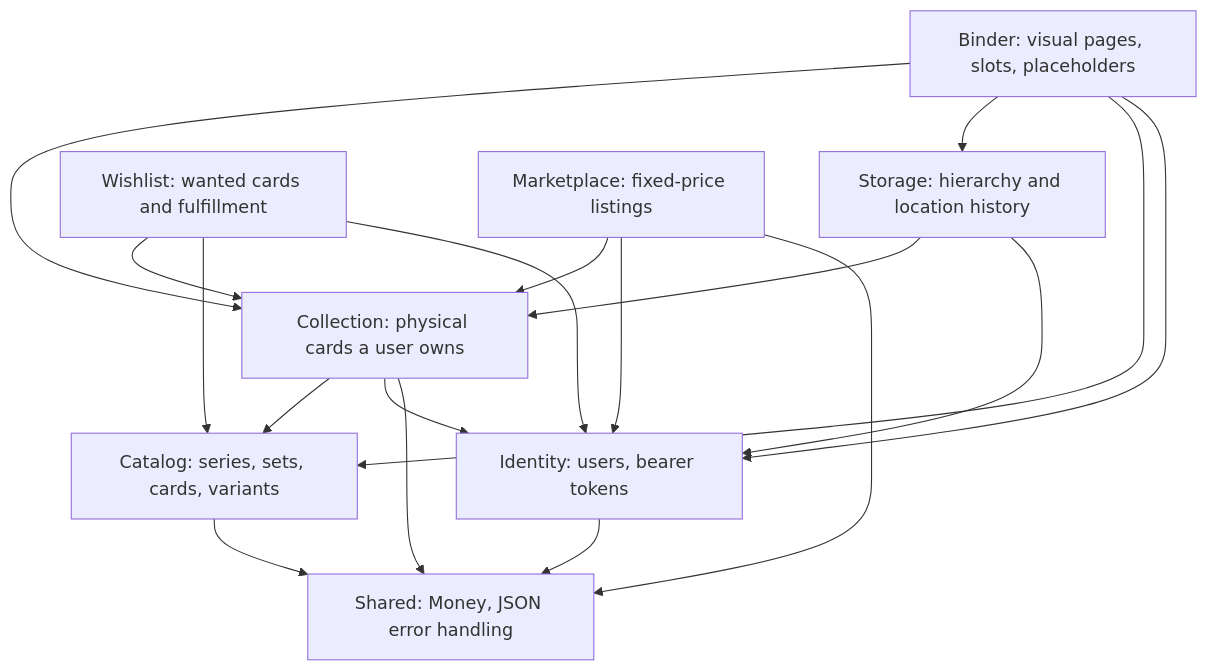
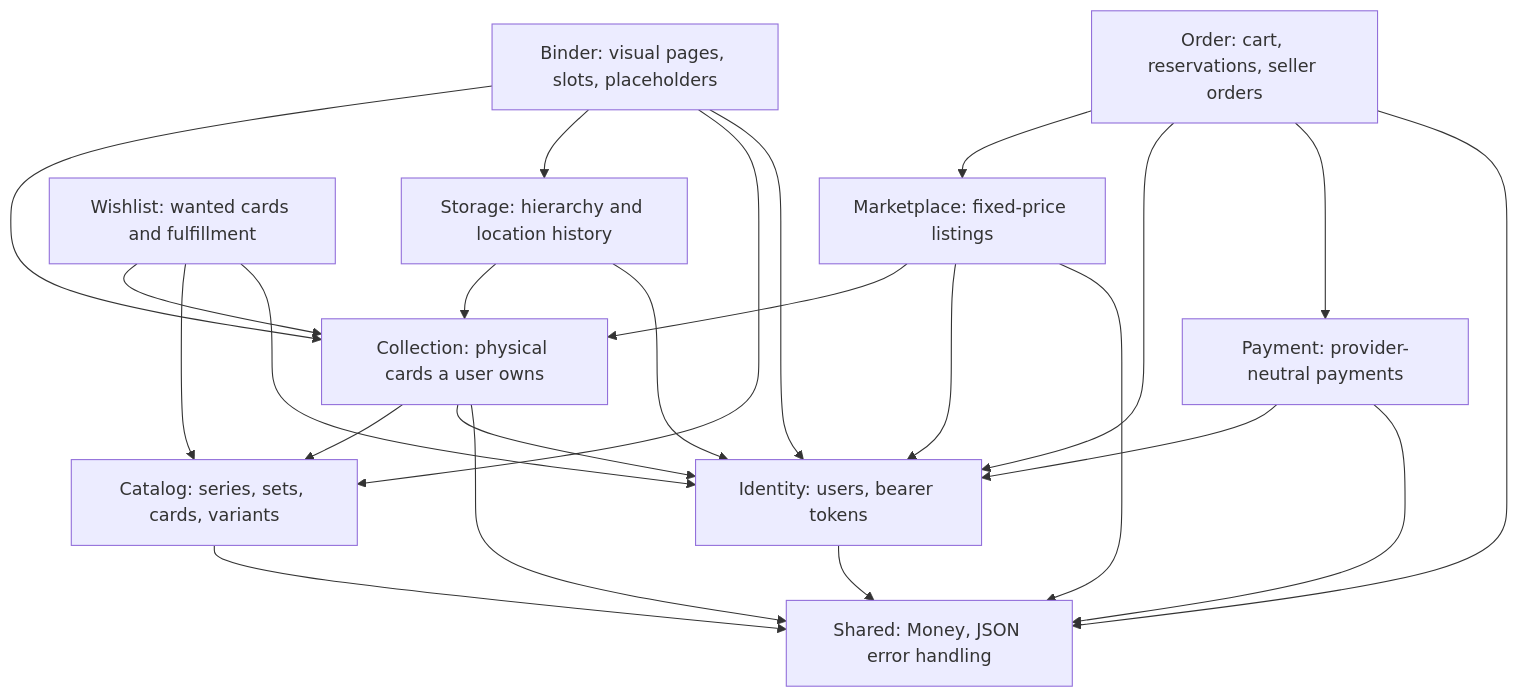
One commit to Jelmer-Ketelaar/CardNest changed the diagram in README.md. Above: the diagram before and after it, drawn with Mermaid. The commit also changed other lines of this file and 87 other files, not shown here.

Commit message:
[main] Add atomic cart checkout and fake payments

````diff
--- a/README.md
+++ b/README.md
@@ -180,29 +195,37 @@
 ```mermaid
 flowchart TD
     Identity[Identity: users, bearer tokens]
     Catalog[Catalog: series, sets, cards, variants]
     Collection[Collection: physical cards a user owns]
     Storage[Storage: hierarchy and location history]
     Binder[Binder: visual pages, slots, placeholders]
     Wishlist[Wishlist: wanted cards and fulfillment]
     Marketplace[Marketplace: fixed-price listings]
+    Order[Order: cart, reservations, seller orders]
+    Payment[Payment: provider-neutral payments]
     Shared[Shared: Money, JSON error handling]
 
     Collection --> Catalog
     Collection --> Identity
     Storage --> Collection
     Storage --> Identity
     Binder --> Collection
     Binder --> Storage
     Binder --> Catalog
     Binder --> Identity
     Wishlist --> Collection
     Wishlist --> Catalog
     Wishlist --> Identity
     Marketplace --> Collection
     Marketplace --> Identity
     Marketplace --> Shared
+    Order --> Marketplace
+    Order --> Identity
+    Order --> Payment
+    Order --> Shared
+    Payment --> Identity
+    Payment --> Shared
     Catalog --> Shared
     Collection --> Shared
     Identity --> Shared
 ```
````
